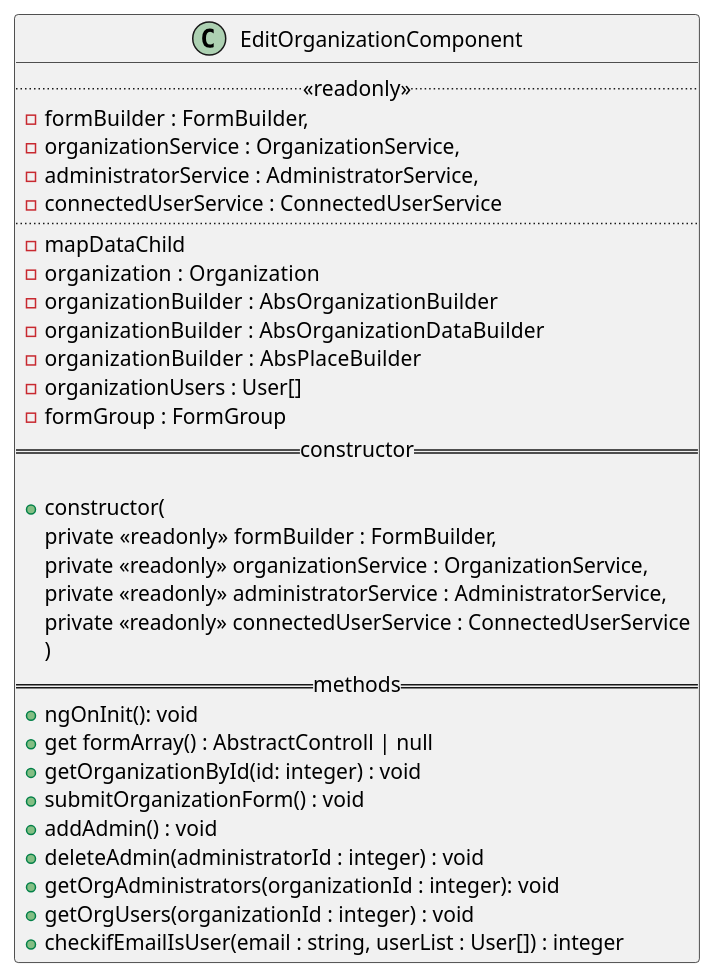
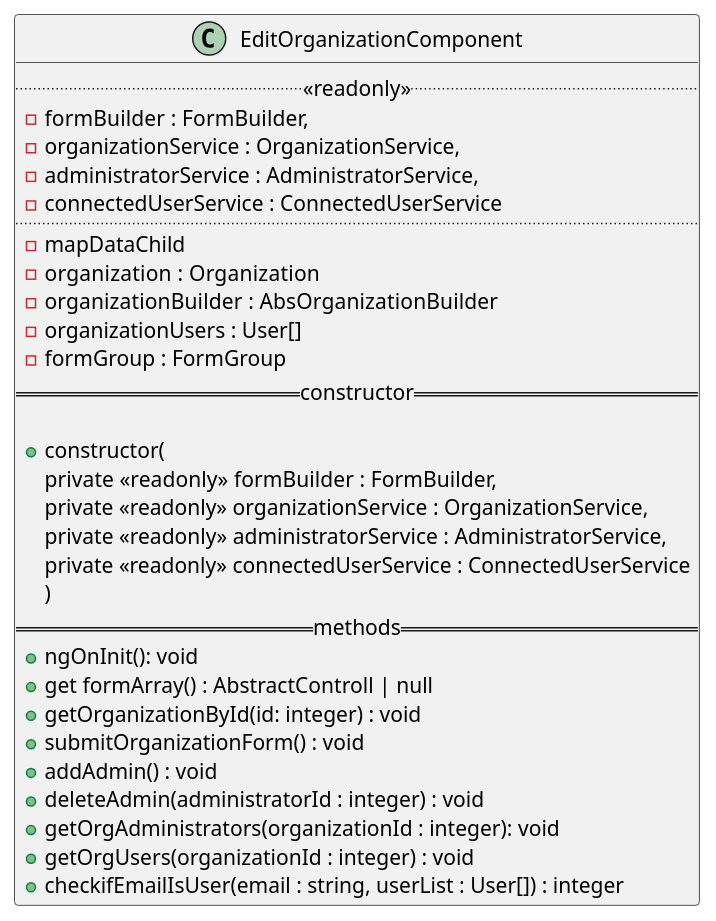
One commit to GruppOne/stalker-web-app changed the diagram in docs/diagrams/view/routes/editorganizationcomponent.pu. Above: the diagram before and after it, drawn with PlantUML. The commit also changed 5 other files, not shown here.

Commit message:
docs: fix more diagrams

```diff
--- a/docs/diagrams/view/routes/editorganizationcomponent.pu
+++ b/docs/diagrams/view/routes/editorganizationcomponent.pu
@@ -1,35 +1,33 @@
 @startuml EditOrganizationComponent diagram
 class EditOrganizationComponent {
   ..<<readonly>>..
   - formBuilder : FormBuilder,
   - organizationService : OrganizationService,
   - administratorService : AdministratorService,
   - connectedUserService : ConnectedUserService
   ....
   - mapDataChild
   - organization  : Organization
   - organizationBuilder  : AbsOrganizationBuilder
-  - organizationBuilder  : AbsOrganizationDataBuilder
-  - organizationBuilder  : AbsPlaceBuilder
   - organizationUsers : User[]
   - formGroup : FormGroup
   == constructor ==
 
   + constructor(
     private <<readonly>> formBuilder : FormBuilder,
     private <<readonly>> organizationService : OrganizationService,
     private <<readonly>> administratorService : AdministratorService,
     private <<readonly>> connectedUserService : ConnectedUserService
     )
   == methods ==
   + ngOnInit(): void
   + get formArray() : AbstractControll | null
   + getOrganizationById(id: integer) : void
   + submitOrganizationForm() : void
   + addAdmin() : void
   + deleteAdmin(administratorId : integer) : void
   + getOrgAdministrators(organizationId : integer): void
   + getOrgUsers(organizationId : integer) : void
   + checkifEmailIsUser(email : string, userList : User[]) : integer
 }
 @enduml
```
